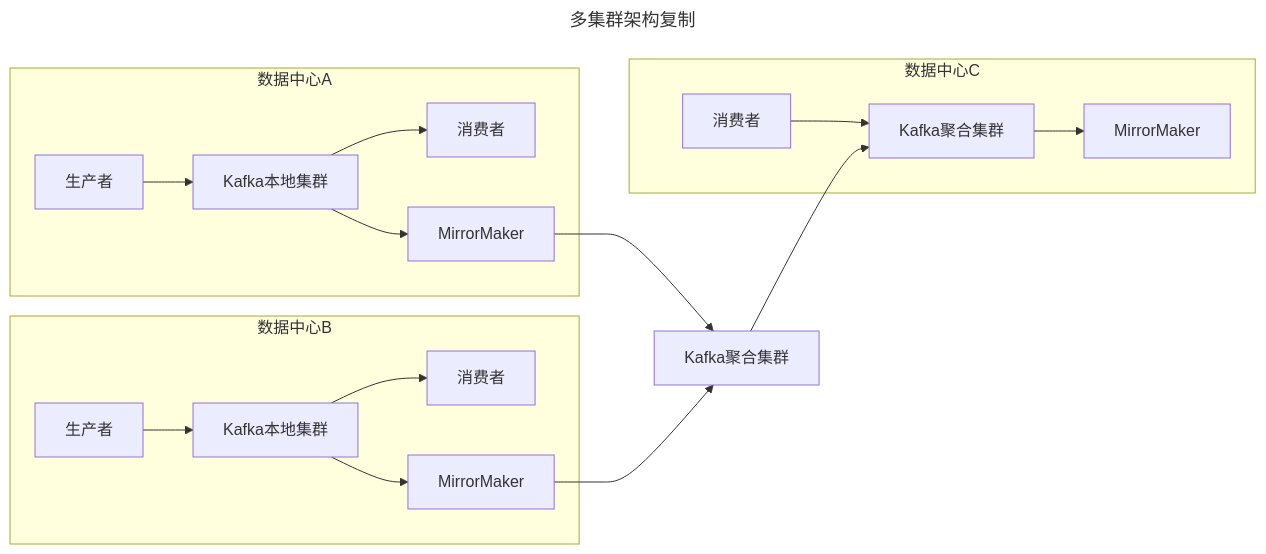
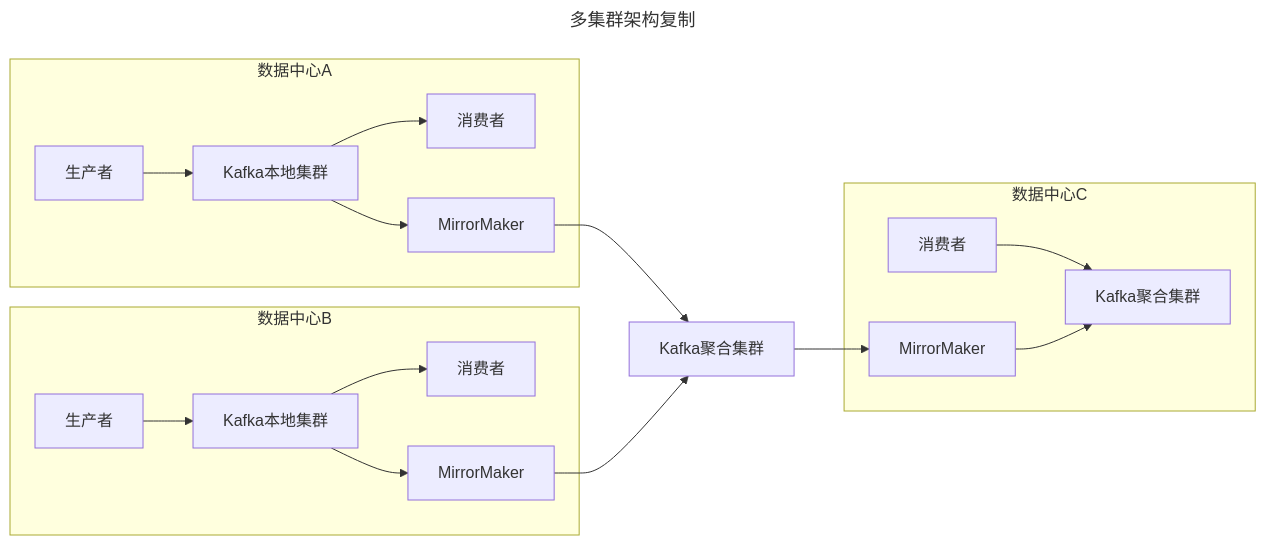
Before and after one commit to 0xcaffebabe/note: the tenth of 13 diagrams in doc/中间件/消息队列/Kafka/Kafka.md, drawn with Mermaid. The commit also changed 1 other file, not shown here.

Commit message:
📦Kafka
- 调整了 Kafka 聚合集群和 MirrorMaker 的连接顺序
- 优化了数据流动的视觉呈现，使 MirrorMaker 指向 Kafka 聚合集群
- 修正了 pull 模式和 push 模式描述中的比较内容

````diff
--- a/doc/中间件/消息队列/Kafka/Kafka.md
+++ b/doc/中间件/消息队列/Kafka/Kafka.md
@@ -585,26 +585,26 @@
 ```mermaid
 ---
 title: 多集群架构复制
 ---
 graph LR
     subgraph 数据中心A
         A1[生产者] --> A2[Kafka本地集群]
         A2 --> A3[消费者]
         A2 --> A4[MirrorMaker]
     end
 
     subgraph 数据中心B
         B1[生产者] --> B2[Kafka本地集群]
         B2 --> B3[消费者]
         B2 --> B4[MirrorMaker]
     end
 
     subgraph 数据中心C
-        C1[消费者] --> C2[Kafka聚合集群]
-        C2 --> C3[MirrorMaker]
+        C1[消费者] --> C2
+        C3[MirrorMaker] --> C2[Kafka聚合集群]
     end
 
     A4 --> D1[Kafka聚合集群]
     B4 --> D1
-    D1 --> C2
+    D1 --> C3
 ```
````
